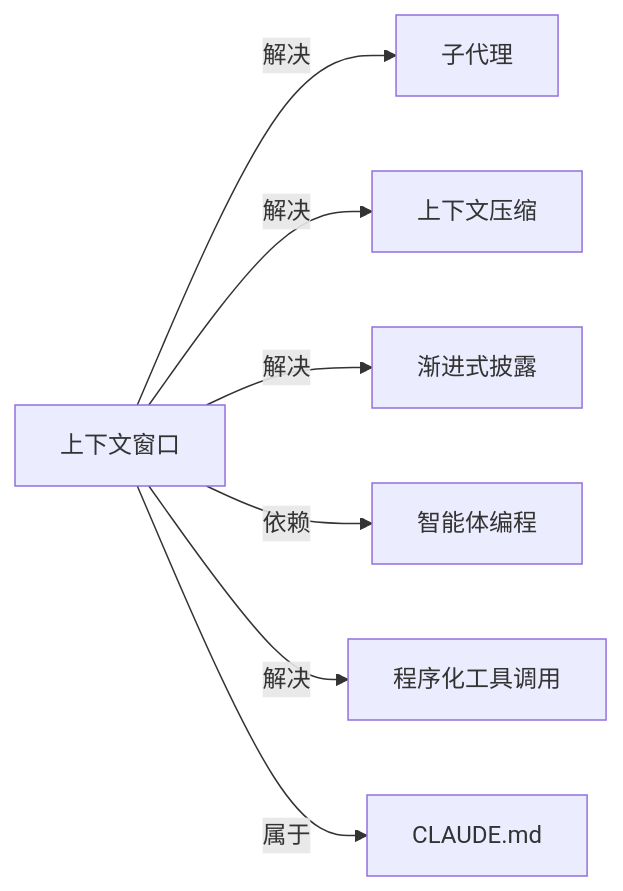
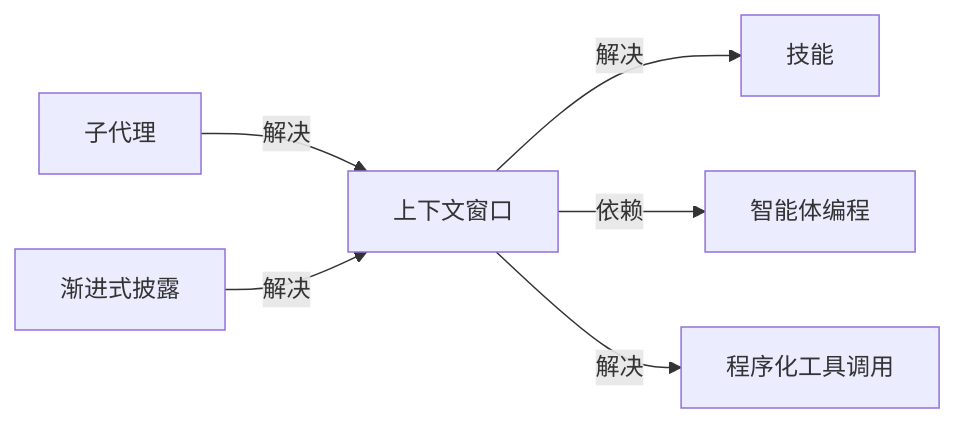
One commit to yibie/claude-best-practices-zh changed the diagram in wiki/上下文窗口.md. Above: the diagram before and after it, drawn with Mermaid. The commit also changed other lines of this file and 407 other files, not shown here.

Commit message:
feat: DeepSeek 三遍审校（译文/关系/图谱）+ 可部署静态站点

````diff
--- a/wiki/上下文窗口.md
+++ b/wiki/上下文窗口.md
@@ -48,10 +49,9 @@
 ```mermaid
 graph LR
   C["上下文窗口"]
-  C -->|解决| N0["子代理"]
-  C -->|解决| N1["上下文压缩"]
-  C -->|解决| N2["渐进式披露"]
+  N0["子代理"] -->|解决| C
+  N1["渐进式披露"] -->|解决| C
+  C -->|解决| N2["技能"]
   C -->|依赖| N3["智能体编程"]
   C -->|解决| N4["程序化工具调用"]
-  C -->|属于| N5["CLAUDE.md"]
 ```
````
